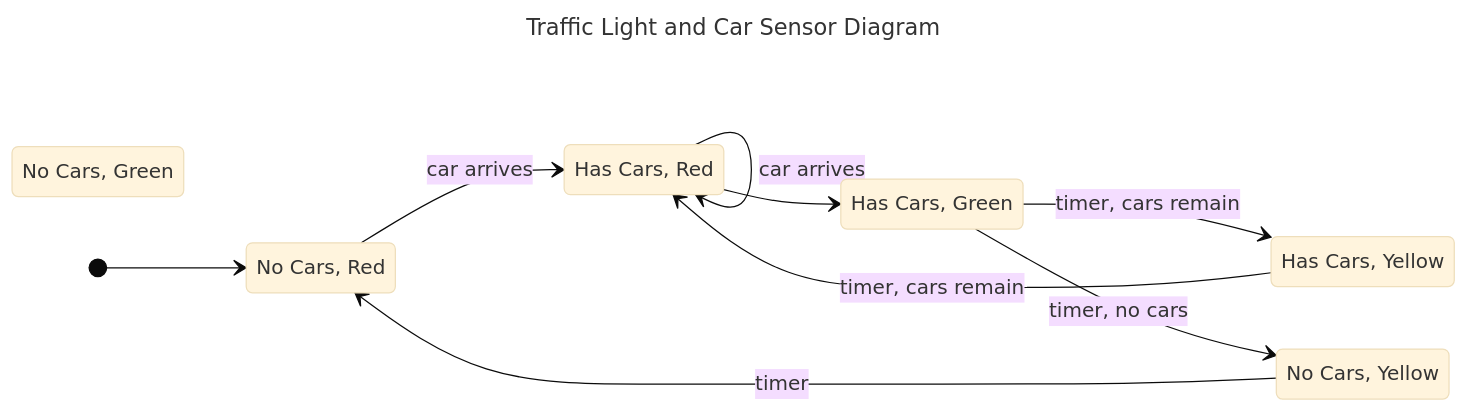
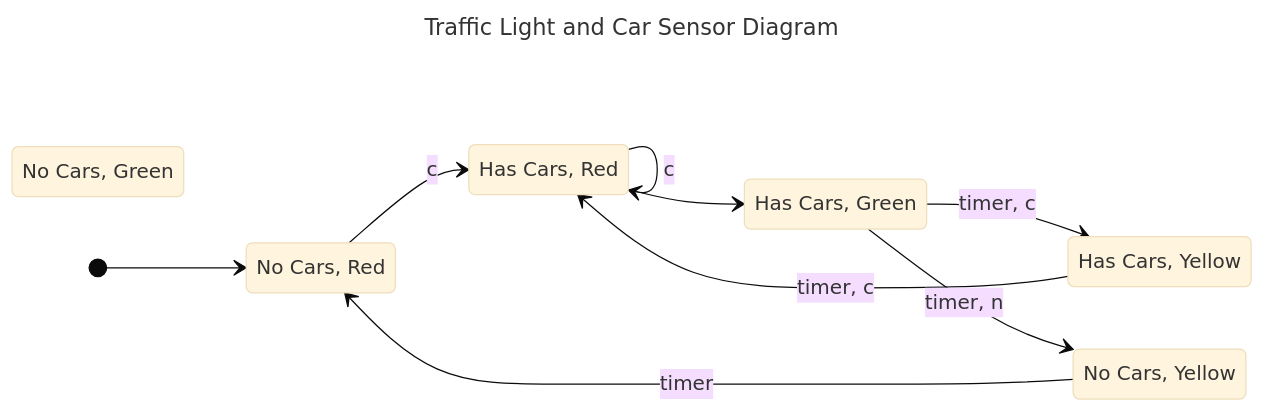
One commit to VinayakFia/Obsidian changed the third of 6 diagrams in COMP3153/System Model - Vinayak Fialok.md. Above: the diagram before and after it, drawn with Mermaid (base theme). The commit also changed other lines of this file, not shown here.

````diff
--- a/COMP3153/System Model - Vinayak Fialok.md
+++ b/COMP3153/System Model - Vinayak Fialok.md
@@ -64,21 +61,21 @@
 ```mermaid
 ---
 title: Traffic Light and Car Sensor Diagram
 ---
 stateDiagram-v2
 	direction LR
 	ng: No Cars, Green
 	nr: No Cars, Red
 	ny: No Cars, Yellow
 	hg: Has Cars, Green
 	hr: Has Cars, Red
 	hy: Has Cars, Yellow
 	[*] --> nr
-	nr --> hr : car arrives
-	hr --> hr : car arrives
+	nr --> hr : c
+	hr --> hr : c
 	hr --> hg
-	hg --> hy : timer, cars remain
-	hg --> ny : timer, no cars
+	hg --> hy : timer, c
+	hg --> ny : timer, n
 	ny --> nr : timer
-	hy --> hr : timer, cars remain
+	hy --> hr : timer, c
 ```
````
